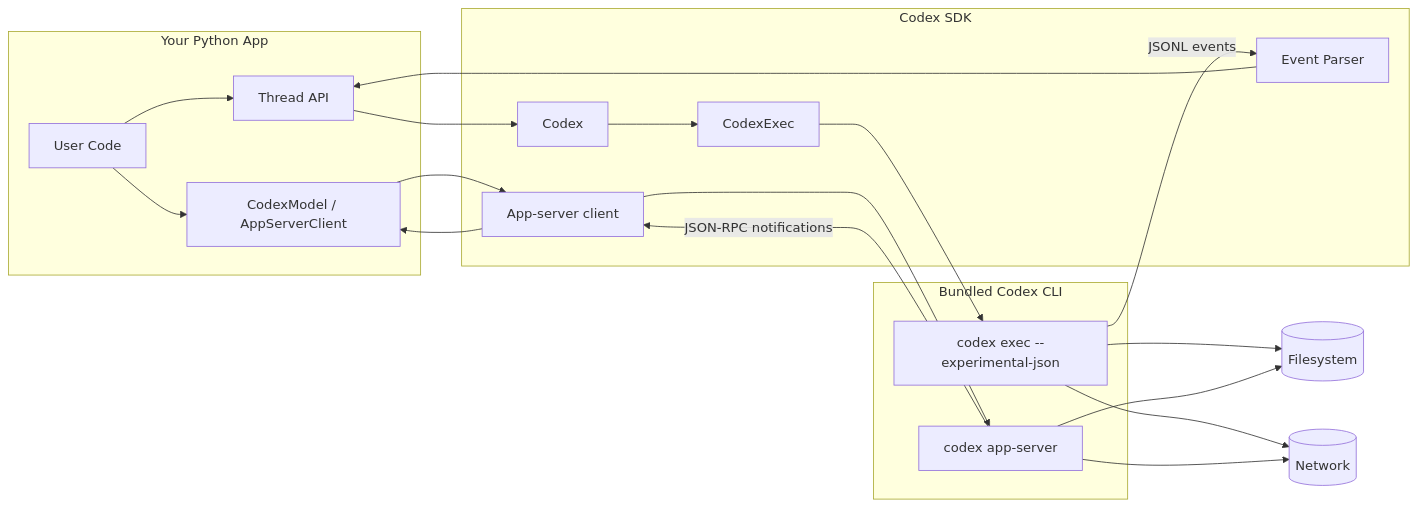
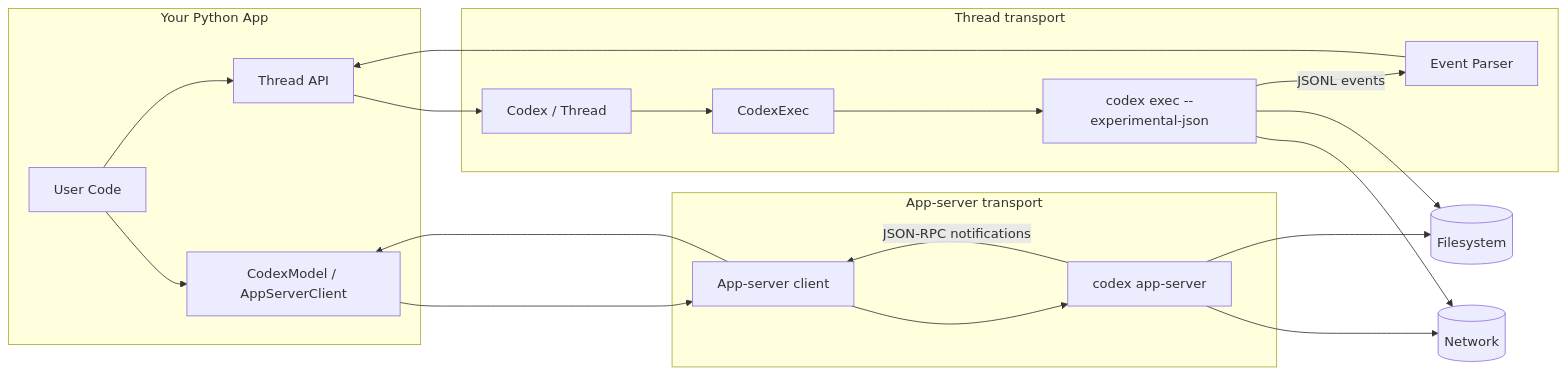
Before and after one commit to vectorfy-co/codex-sdk-python: the first of 4 diagrams in README.md, drawn with Mermaid. The commit also changed other lines of this file, not shown here.

Commit message:
Clarify app-server architecture diagrams

````diff
--- a/README.md
+++ b/README.md
@@ -759,32 +763,32 @@
 ```mermaid
 flowchart LR
   subgraph App[Your Python App]
     U[User Code]
     T[Thread API]
     M[CodexModel / AppServerClient]
   end
 
-  subgraph SDK[Codex SDK]
-    C[Codex]
+  subgraph ThreadTransport[Thread transport]
+    C[Codex / Thread]
     E[CodexExec]
     P[Event Parser]
-    A[App-server client]
+    X["codex exec --experimental-json"]
   end
 
-  subgraph CLI[Bundled Codex CLI]
-    X["codex exec --experimental-json"]
+  subgraph AppServerTransport[App-server transport]
+    A[App-server client]
     S["codex app-server"]
   end
 
   FS[(Filesystem)]
   NET[(Network)]
 
   U --> T --> C --> E --> X
   U --> M --> A --> S
   X -->|JSONL events| P --> T
   S -->|JSON-RPC notifications| A --> M
   X --> FS
   X --> NET
   S --> FS
   S --> NET
 ```
````
